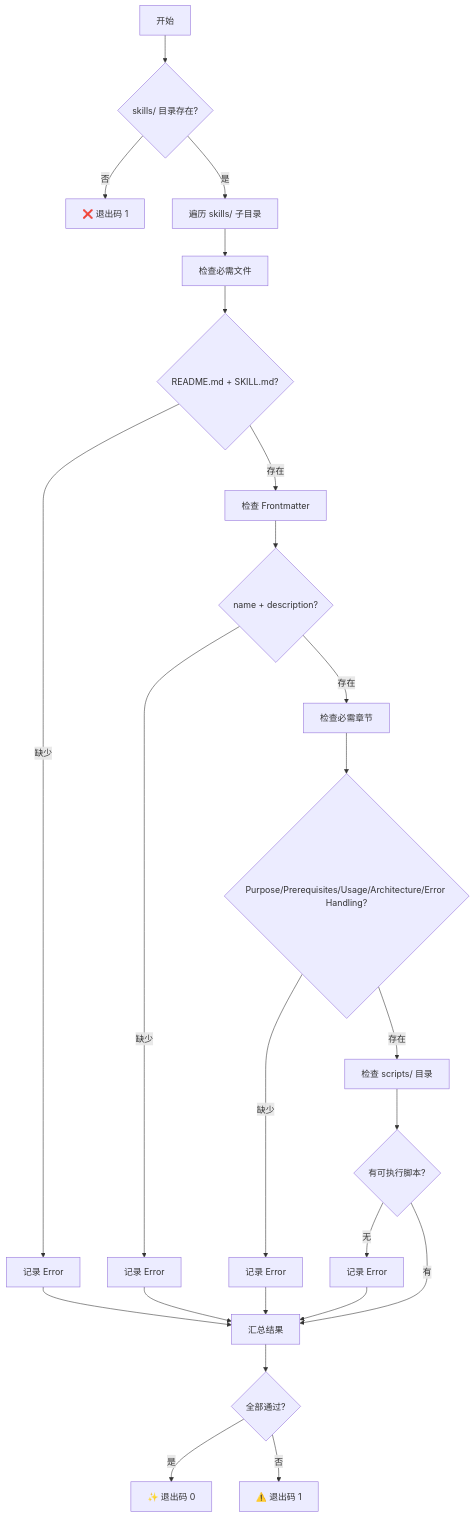
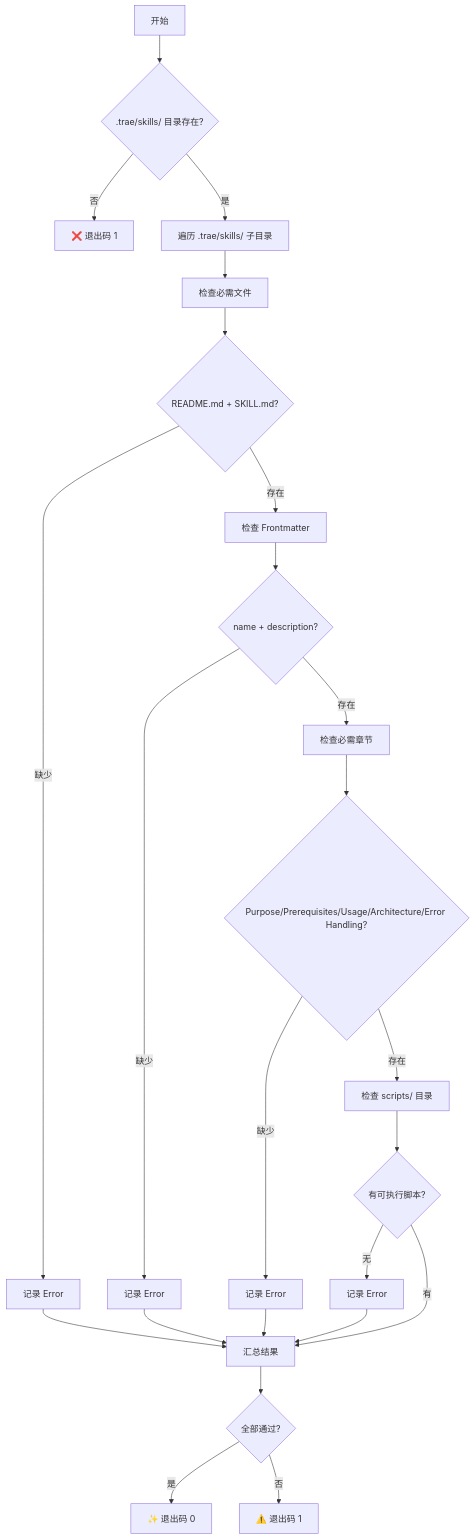
The third of 5 diagrams in CODE_WIKI.md (yecllsl/trae-agent-skills), drawn with Mermaid before and after one commit. The commit also changed other lines of this file and 10 other files, not shown here.

````diff
--- a/CODE_WIKI.md
+++ b/CODE_WIKI.md
@@ -610,32 +604,32 @@
 ```mermaid
 flowchart TD
-    A[开始] --> B{skills/ 目录存在?}
+    A[开始] --> B{.trae/skills/ 目录存在?}
     B -->|否| C[❌ 退出码 1]
-    B -->|是| D[遍历 skills/ 子目录]
+    B -->|是| D[遍历 .trae/skills/ 子目录]
     
     D --> E[检查必需文件]
     E --> F{README.md + SKILL.md?}
     F -->|缺少| G[记录 Error]
     
     F -->|存在| H[检查 Frontmatter]
     H --> I{name + description?}
     I -->|缺少| J[记录 Error]
     
     I -->|存在| K[检查必需章节]
     K --> L{Purpose/Prerequisites/Usage/Architecture/Error Handling?}
     L -->|缺少| M[记录 Error]
     
     L -->|存在| N[检查 scripts/ 目录]
     N --> O{有可执行脚本?}
     O -->|无| P[记录 Error]
     
     G --> Q
     J --> Q
     M --> Q
     P --> Q
     O -->|有| Q[汇总结果]
     
     Q --> R{全部通过?}
     R -->|是| S[✨ 退出码 0]
     R -->|否| T[⚠️ 退出码 1]
 ```
````
